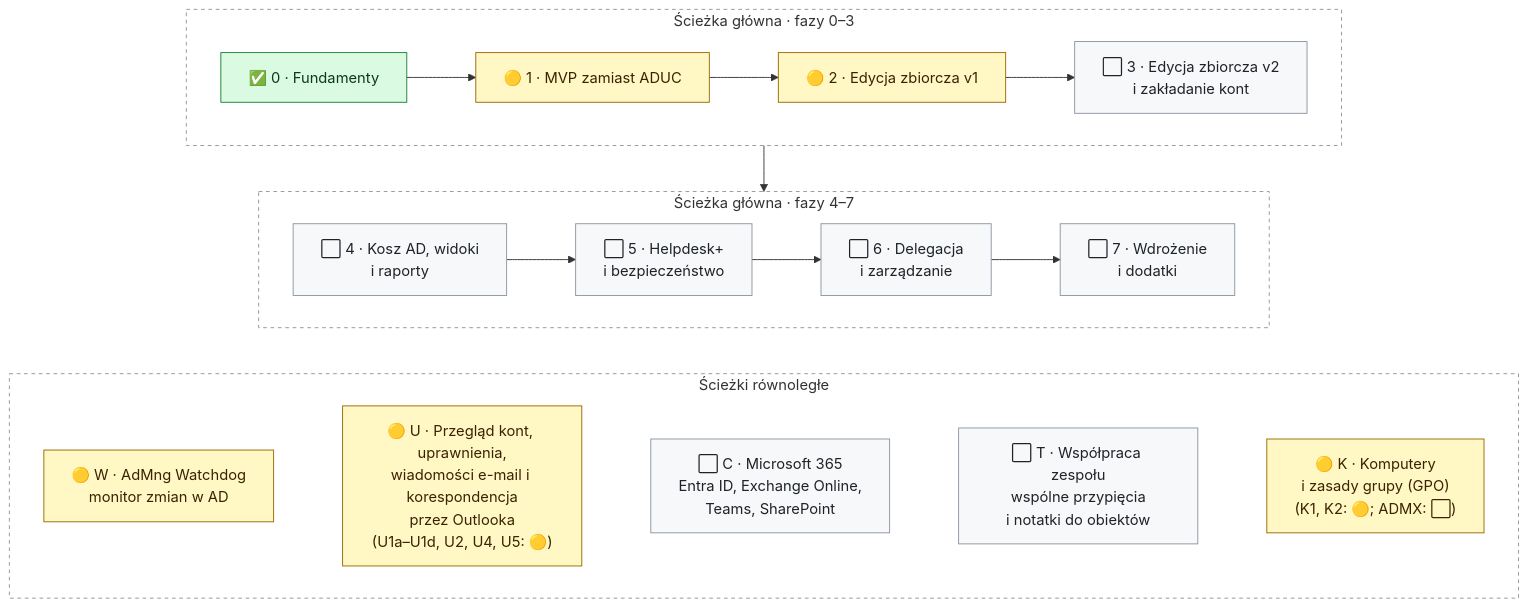
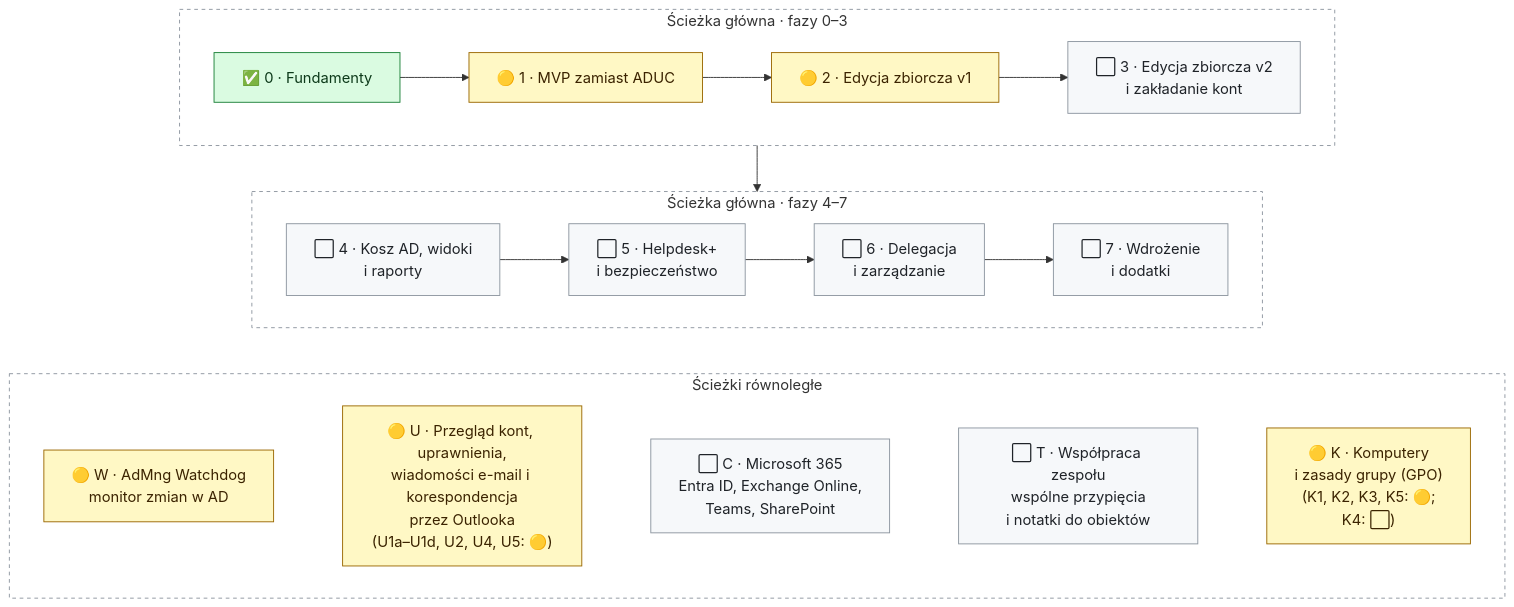
Before and after one commit to DarienRahl/AD_MNG: the diagram in README.md, drawn with Mermaid. The commit also changed other lines of this file and 4 other files, not shown here.

First line of the commit message:
K5: docs – modelling chapter, README/ROADMAP status, architecture, as built

````diff
--- a/README.md
+++ b/README.md
@@ -180,26 +180,26 @@
 ```mermaid
 flowchart TB
     subgraph A["Ścieżka główna · fazy 0–3"]
         direction LR
         F0["✅ 0 · Fundamenty"] --> F1["🟡 1 · MVP zamiast ADUC"] --> F2["🟡 2 · Edycja zbiorcza v1"] --> F3["⬜ 3 · Edycja zbiorcza v2<br/>i zakładanie kont"]
     end
     subgraph B["Ścieżka główna · fazy 4–7"]
         direction LR
         F4["⬜ 4 · Kosz AD, widoki<br/>i raporty"] --> F5["⬜ 5 · Helpdesk+<br/>i bezpieczeństwo"] --> F6["⬜ 6 · Delegacja<br/>i zarządzanie"] --> F7["⬜ 7 · Wdrożenie<br/>i dodatki"]
     end
     subgraph C["Ścieżki równoległe"]
         direction LR
-        W["🟡 W · AdMng Watchdog<br/>monitor zmian w AD"] ~~~ U["🟡 U · Przegląd kont, uprawnienia,<br/>wiadomości e-mail i korespondencja<br/>przez Outlooka<br/>(U1a–U1d, U2, U4, U5: 🟡)"] ~~~ M365["⬜ C · Microsoft 365<br/>Entra ID, Exchange Online,<br/>Teams, SharePoint"] ~~~ TEAM["⬜ T · Współpraca zespołu<br/>wspólne przypięcia<br/>i notatki do obiektów"] ~~~ K["🟡 K · Komputery<br/>i zasady grupy (GPO)<br/>(K1, K2: 🟡; ADMX: ⬜)"]
+        W["🟡 W · AdMng Watchdog<br/>monitor zmian w AD"] ~~~ U["🟡 U · Przegląd kont, uprawnienia,<br/>wiadomości e-mail i korespondencja<br/>przez Outlooka<br/>(U1a–U1d, U2, U4, U5: 🟡)"] ~~~ M365["⬜ C · Microsoft 365<br/>Entra ID, Exchange Online,<br/>Teams, SharePoint"] ~~~ TEAM["⬜ T · Współpraca zespołu<br/>wspólne przypięcia<br/>i notatki do obiektów"] ~~~ K["🟡 K · Komputery<br/>i zasady grupy (GPO)<br/>(K1, K2, K3, K5: 🟡;<br/>K4: ⬜)"]
     end
     A --> B
     B ~~~ C
     classDef done fill:#dafbe1,stroke:#1a7f37,color:#0d3a1a
     classDef wip fill:#fff8c5,stroke:#9a6700,color:#3b2300
     classDef todo fill:#f6f8fa,stroke:#8c959f,color:#1f2328
     class F0 done
     class F1,F2,W,U,K wip
     class F3,F4,F5,F6,F7,M365,TEAM todo
     style A fill:transparent,stroke:#8c959f,stroke-dasharray:4 4
     style B fill:transparent,stroke:#8c959f,stroke-dasharray:4 4
     style C fill:transparent,stroke:#8c959f,stroke-dasharray:4 4
 ```
````
